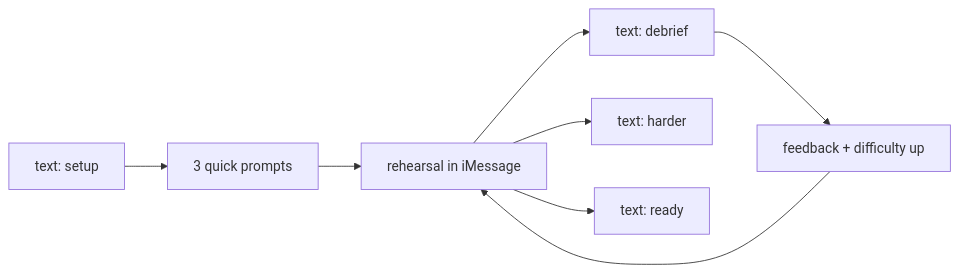
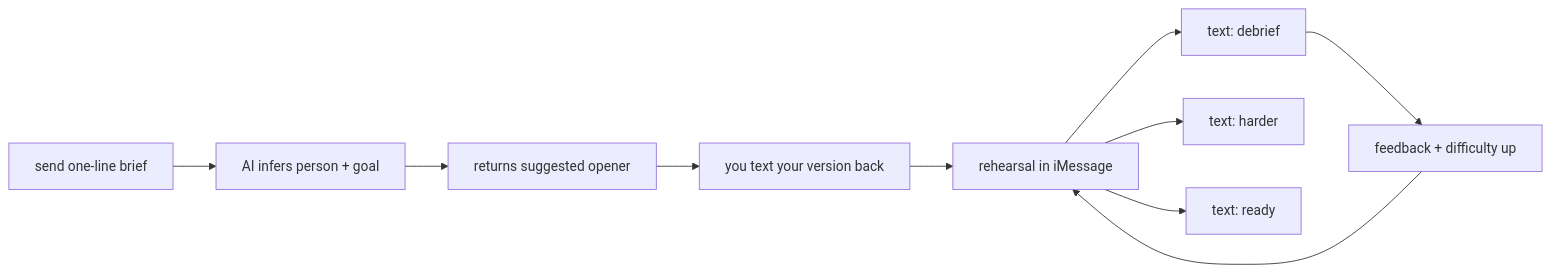
Before and after one commit to adamsardo/photon-agent: the first of 2 diagrams in README.md, drawn with Mermaid. The commit also changed other lines of this file and 6 other files, not shown here.

Commit message:
Refine Rehearsal to bootstrap naturally from one-line briefs

````diff
--- a/README.md
+++ b/README.md
@@ -19,10 +19,12 @@
 ```mermaid
 flowchart LR
-    A["text: setup"] --> B["3 quick prompts"]
-    B --> C["rehearsal in iMessage"]
-    C --> D["text: debrief"]
-    D --> E["feedback + difficulty up"]
-    E --> C
-    C --> F["text: harder"]
-    C --> G["text: ready"]
+    A["send one-line brief"] --> B["AI infers person + goal"]
+    B --> C["returns suggested opener"]
+    C --> D["you text your version back"]
+    D --> E["rehearsal in iMessage"]
+    E --> F["text: debrief"]
+    F --> G["feedback + difficulty up"]
+    G --> E
+    E --> H["text: harder"]
+    E --> I["text: ready"]
 ```
````
